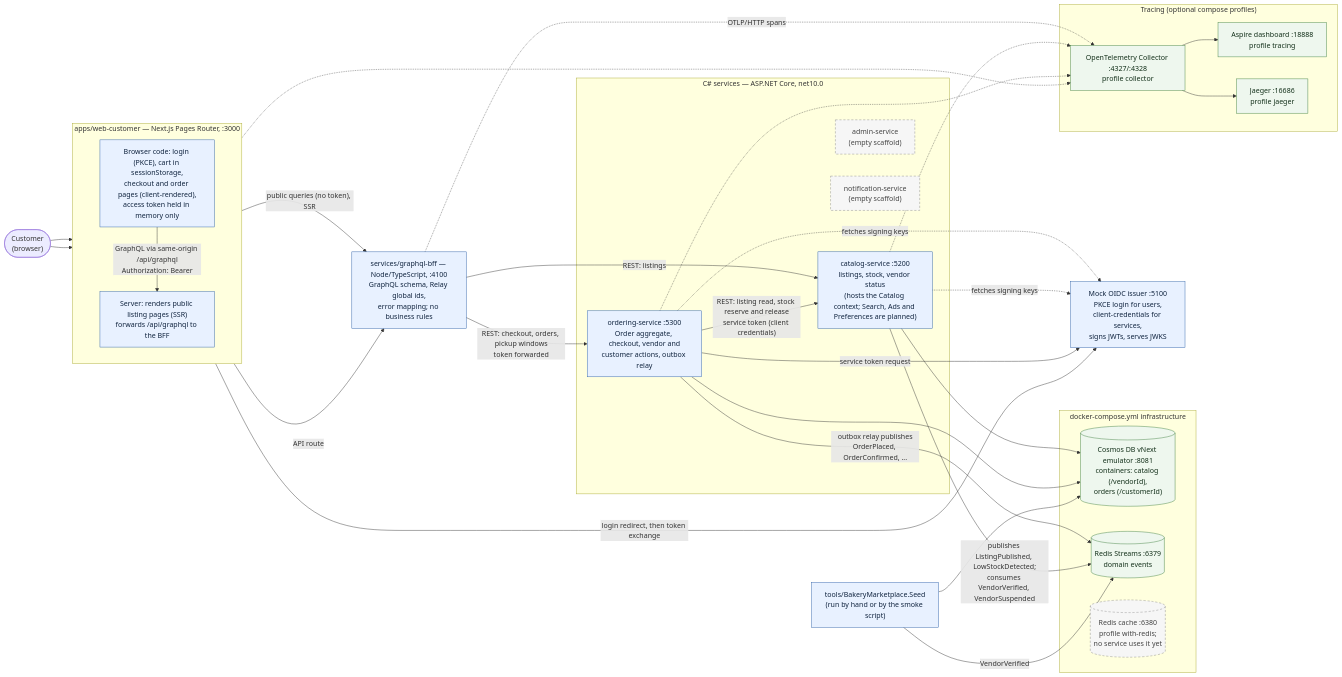
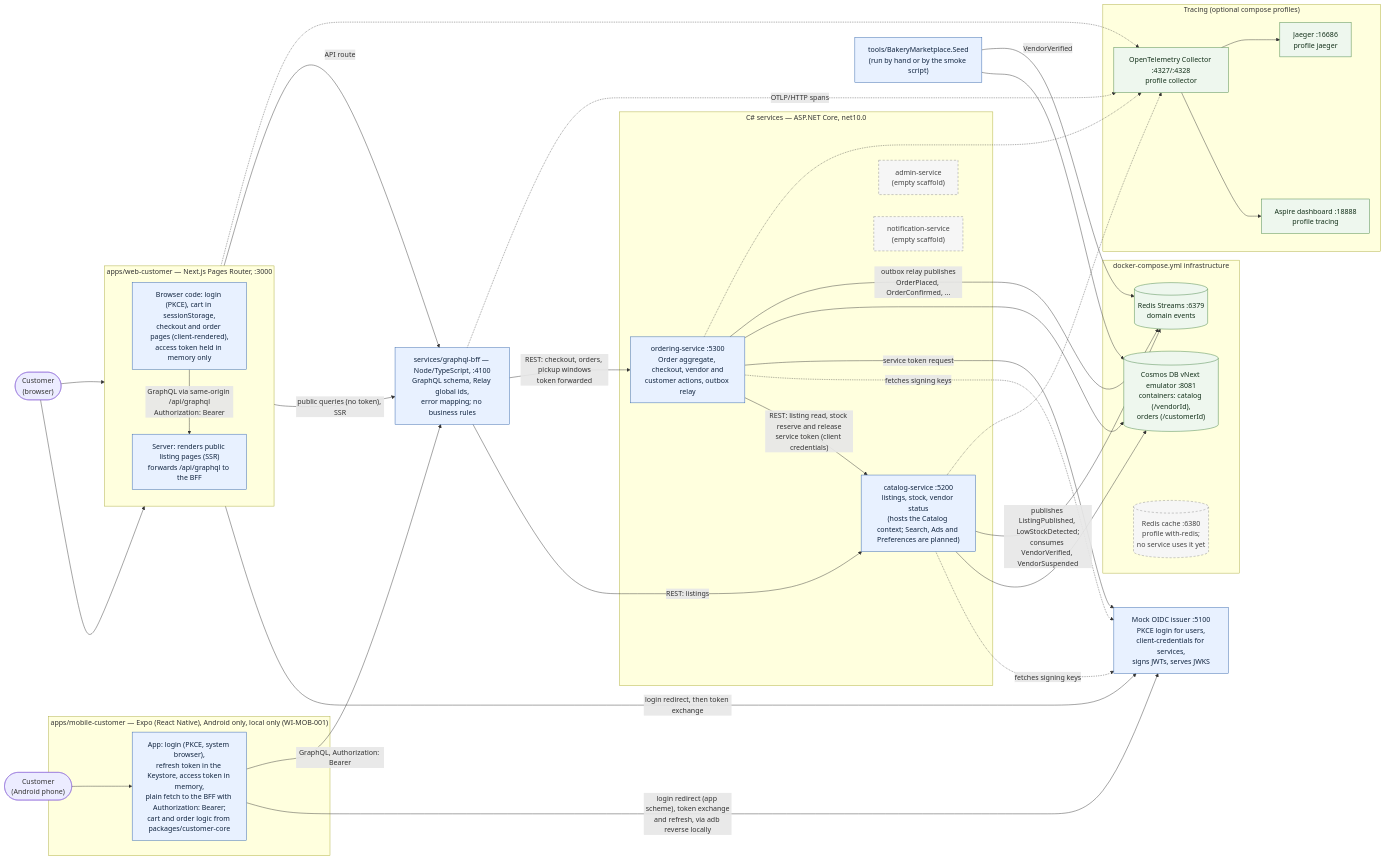
One commit to benjamin-hedrick/bakery-marketplace changed the first of 2 diagrams in docs/architecture/c4/container.md. Above: the diagram before and after it, drawn with Mermaid. The commit also changed other lines of this file and 16 other files, not shown here.

Commit message:
WI-MOB-002 (allergens in the app) and WI-MOB-003 (session-path tests and flows) specified; scripts index page; Android section in the threat model; app in the C4 container diagram; verification-policy row; MOB-001 header, demo and open points

````diff
--- a/docs/architecture/c4/container.md
+++ b/docs/architecture/c4/container.md
@@ -11,68 +11,76 @@
 ```mermaid
 flowchart LR
     classDef built fill:#e8f1ff,stroke:#2b5fa8,color:#10243f
     classDef scaffold fill:#f6f6f6,stroke:#888,stroke-dasharray: 5 4,color:#444
     classDef infra fill:#eef7ee,stroke:#3f7f3f,color:#13301a
 
     USER(["Customer<br/>(browser)"])
+    PHONE(["Customer<br/>(Android phone)"])
 
     subgraph WEB["apps/web-customer — Next.js Pages Router, :3000"]
         direction TB
         SSR["Server: renders public listing pages (SSR)<br/>forwards /api/graphql to the BFF"]
         CSR["Browser code: login (PKCE), cart in sessionStorage,<br/>checkout and order pages (client-rendered),<br/>access token held in memory only"]
+    end
+
+    subgraph APP["apps/mobile-customer — Expo (React Native), Android only, local only (WI-MOB-001)"]
+        MOB["App: login (PKCE, system browser),<br/>refresh token in the Keystore, access token in memory,<br/>plain fetch to the BFF with Authorization: Bearer;<br/>cart and order logic from packages/customer-core"]
     end
 
     BFF["services/graphql-bff — Node/TypeScript, :4100<br/>GraphQL schema, Relay global ids,<br/>error mapping; no business rules"]
 
     subgraph SVC["C# services — ASP.NET Core, net10.0"]
         CAT["catalog-service :5200<br/>listings, stock, vendor status<br/>(hosts the Catalog context; Search, Ads and Preferences are planned)"]
         ORD["ordering-service :5300<br/>Order aggregate, checkout, vendor and<br/>customer actions, outbox relay"]
         ADM["admin-service<br/>(empty scaffold)"]
         NOT["notification-service<br/>(empty scaffold)"]
     end
 
     OIDC["Mock OIDC issuer :5100<br/>PKCE login for users,<br/>client-credentials for services,<br/>signs JWTs, serves JWKS"]
 
     subgraph STORES["docker-compose.yml infrastructure"]
         COSMOS[("Cosmos DB vNext emulator :8081<br/>containers: catalog (/vendorId),<br/>orders (/customerId)")]
         REDISEV[("Redis Streams :6379<br/>domain events")]
         REDISCACHE[("Redis cache :6380<br/>profile with-redis;<br/>no service uses it yet")]
     end
 
     subgraph OBS["Tracing (optional compose profiles)"]
         COLL["OpenTelemetry Collector :4327/:4328<br/>profile collector"]
         ASPIRE["Aspire dashboard :18888<br/>profile tracing"]
         JAEGER["Jaeger :16686<br/>profile jaeger"]
     end
 
     SEED["tools/BakeryMarketplace.Seed<br/>(run by hand or by the smoke script)"]
 
+    PHONE --> MOB
+    MOB -->|"login redirect (app scheme), token exchange<br/>and refresh, via adb reverse locally"| OIDC
+    MOB -->|"GraphQL, Authorization: Bearer"| BFF
     USER --> SSR
     USER --> CSR
     CSR -->|"login redirect, then token exchange"| OIDC
     CSR -->|"GraphQL via same-origin /api/graphql<br/>Authorization: Bearer"| SSR
     SSR -->|"public queries (no token), SSR"| BFF
     SSR -->|"API route"| BFF
     BFF -->|"REST: listings"| CAT
     BFF -->|"REST: checkout, orders, pickup windows<br/>token forwarded"| ORD
     ORD -->|"REST: listing read, stock reserve and release<br/>service token (client credentials)"| CAT
     ORD -.->|"fetches signing keys"| OIDC
     CAT -.->|"fetches signing keys"| OIDC
     ORD -->|"service token request"| OIDC
     CAT --> COSMOS
     ORD --> COSMOS
     ORD -->|"outbox relay publishes<br/>OrderPlaced, OrderConfirmed, ..."| REDISEV
     CAT -->|"publishes ListingPublished, LowStockDetected;<br/>consumes VendorVerified, VendorSuspended"| REDISEV
     SEED --> COSMOS
     SEED -->|"VendorVerified"| REDISEV
     BFF -.->|"OTLP/HTTP spans"| COLL
     SSR -.-> COLL
     CAT -.-> COLL
     ORD -.-> COLL
     COLL --> ASPIRE
     COLL --> JAEGER
 
-    class SSR,CSR,BFF,CAT,ORD,OIDC,SEED built
+    class SSR,CSR,MOB,BFF,CAT,ORD,OIDC,SEED built
     class ADM,NOT,REDISCACHE scaffold
     class COSMOS,REDISEV,COLL,ASPIRE,JAEGER infra
 ```
````
